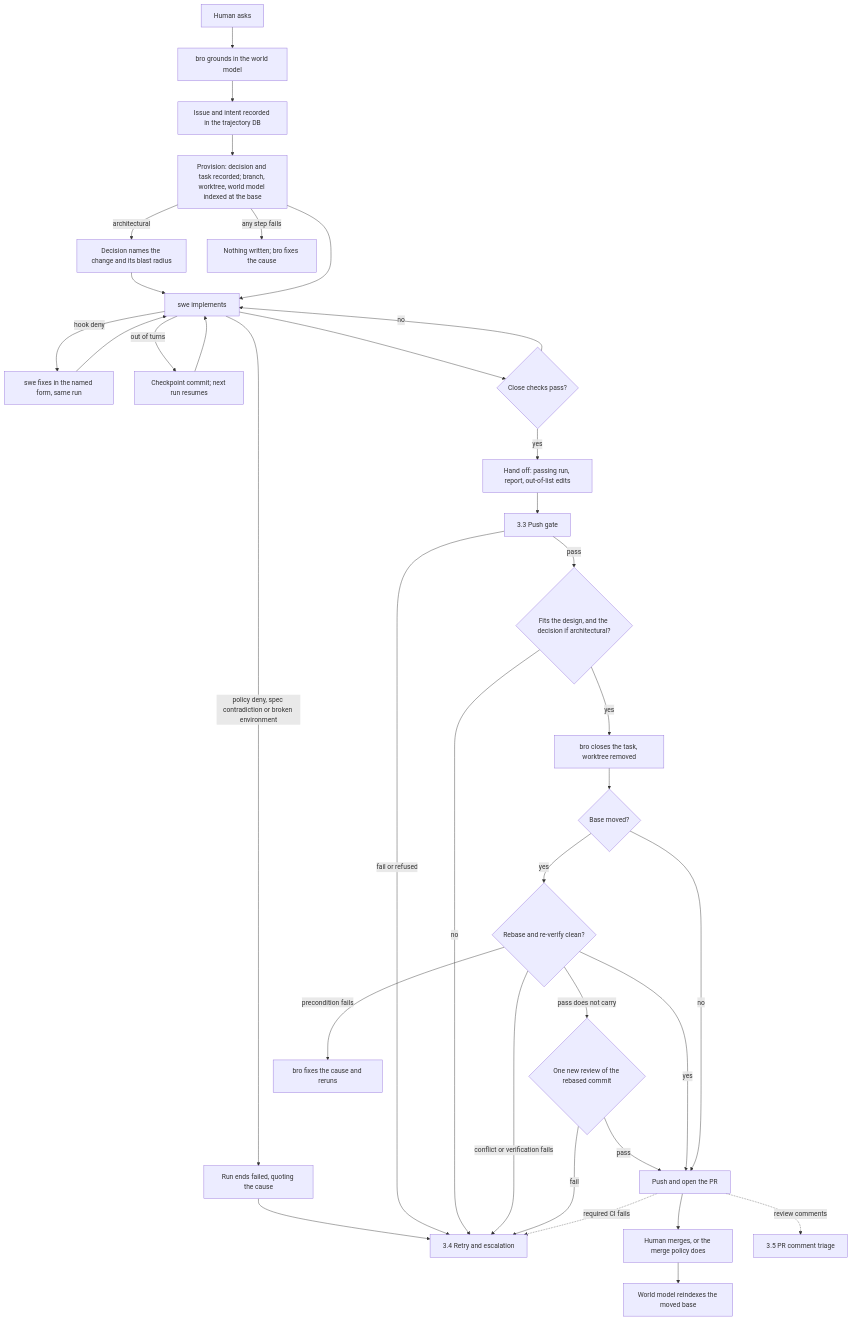
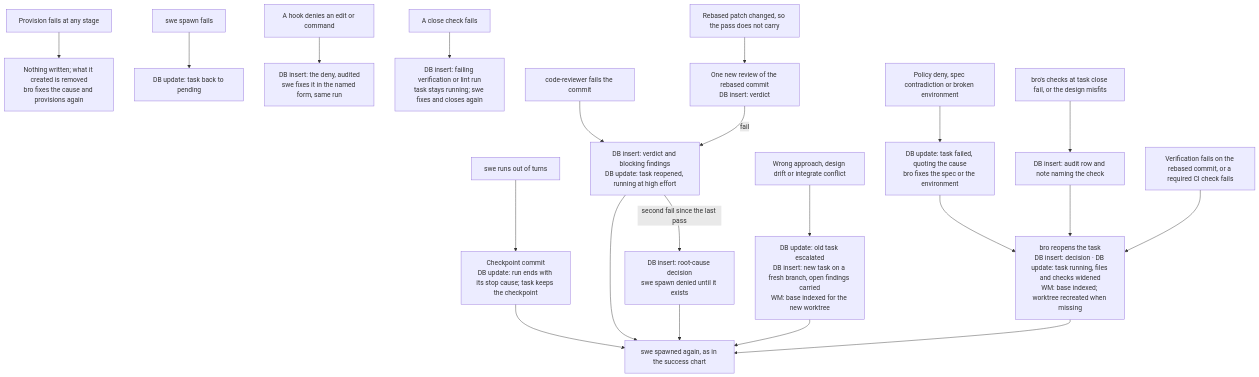
The second of 4 diagrams in docs/architecture/TASKS.md (trustmybot/plugin), drawn with Mermaid before and after one commit. The commit also changed other lines of this file, not shown here.

Commit message:
📝 docs(tasks): split task charts into success and failure per kind

````diff
--- a/docs/architecture/TASKS.md
+++ b/docs/architecture/TASKS.md
@@ -11,37 +40,24 @@
 ```mermaid
 flowchart TD
-    A[Human asks] --> B[bro grounds in the world model]
-    B --> B1[Issue and intent recorded in the trajectory DB]
-    B1 --> C[Provision: decision and task recorded; branch, worktree, world model indexed at the base]
-    C -- architectural --> C1[Decision names the change and its blast radius]
-    C1 --> D
-    C -- any step fails --> X0[Nothing written; bro fixes the cause]
-    C --> D[swe implements]
-    D -- hook deny --> D1[swe fixes in the named form, same run]
-    D1 --> D
-    D -- out of turns --> D2[Checkpoint commit; next run resumes]
-    D2 --> D
-    D -- policy deny, spec contradiction or broken environment --> F0[Run ends failed, quoting the cause]
-    F0 --> R
-    D --> E{Close checks pass?}
-    E -- no --> D
-    E -- yes --> H[Hand off: passing run, report, out-of-list edits]
-    H --> G[3.3 Push gate]
-    G -- fail or refused --> R[3.4 Retry and escalation]
-    G -- pass --> K{Fits the design, and the decision if architectural?}
-    K -- no --> R
-    K -- yes --> L[bro closes the task, worktree removed]
-    L --> M{Base moved?}
-    M -- yes --> N{Rebase and re-verify clean?}
-    N -- conflict or verification fails --> R
-    N -- pass does not carry --> N2{One new review of the rebased commit}
-    N2 -- fail --> R
-    N2 -- pass --> P
-    N -- precondition fails --> X2[bro fixes the cause and reruns]
-    N -- yes --> P
-    M -- no --> P[Push and open the PR]
-    P --> Q[Human merges, or the merge policy does]
-    Q --> W[World model reindexes the moved base]
-    P -. required CI fails .-> R
-    P -. review comments .-> T[3.5 PR comment triage]
+    P0[Provision fails at any stage] --> P1["Nothing written; what it created is removed<br/>bro fixes the cause and provisions again"]
+    S0[swe spawn fails] --> S1["DB update: task back to pending"]
+    D0[A hook denies an edit or command] --> D1["DB insert: the deny, audited<br/>swe fixes it in the named form, same run"]
+    T0[swe runs out of turns] --> T1["Checkpoint commit<br/>DB update: run ends with its stop cause; task keeps the checkpoint"]
+    T1 --> SP
+    C0[A close check fails] --> C1["DB insert: failing verification or lint run<br/>task stays running; swe fixes and closes again"]
+    E0[Policy deny, spec contradiction or broken environment] --> E1["DB update: task failed, quoting the cause<br/>bro fixes the spec or the environment"]
+    E1 --> RO
+    B0[bro's checks at task close fail, or the design misfits] --> B1["DB insert: audit row and note naming the check"]
+    B1 --> RO
+    V0[code-reviewer fails the commit] --> V1["DB insert: verdict and blocking findings<br/>DB update: task reopened, running at high effort"]
+    V1 --> SP
+    V1 -- second fail since the last pass --> RC["DB insert: root-cause decision<br/>swe spawn denied until it exists"]
+    RC --> SP
+    I0[Verification fails on the rebased commit, or a required CI check fails] --> RO
+    I2[Rebased patch changed, so the pass does not carry] --> I3["One new review of the rebased commit<br/>DB insert: verdict"]
+    I3 -- fail --> V1
+    W0[Wrong approach, design drift or integrate conflict] --> W1["DB update: old task escalated<br/>DB insert: new task on a fresh branch, open findings carried<br/>WM: base indexed for the new worktree"]
+    W1 --> SP
+    RO["bro reopens the task<br/>DB insert: decision · DB update: task running, files and checks widened<br/>WM: base indexed; worktree recreated when missing"] --> SP
+    SP[swe spawned again, as in the success chart]
 ```
````
